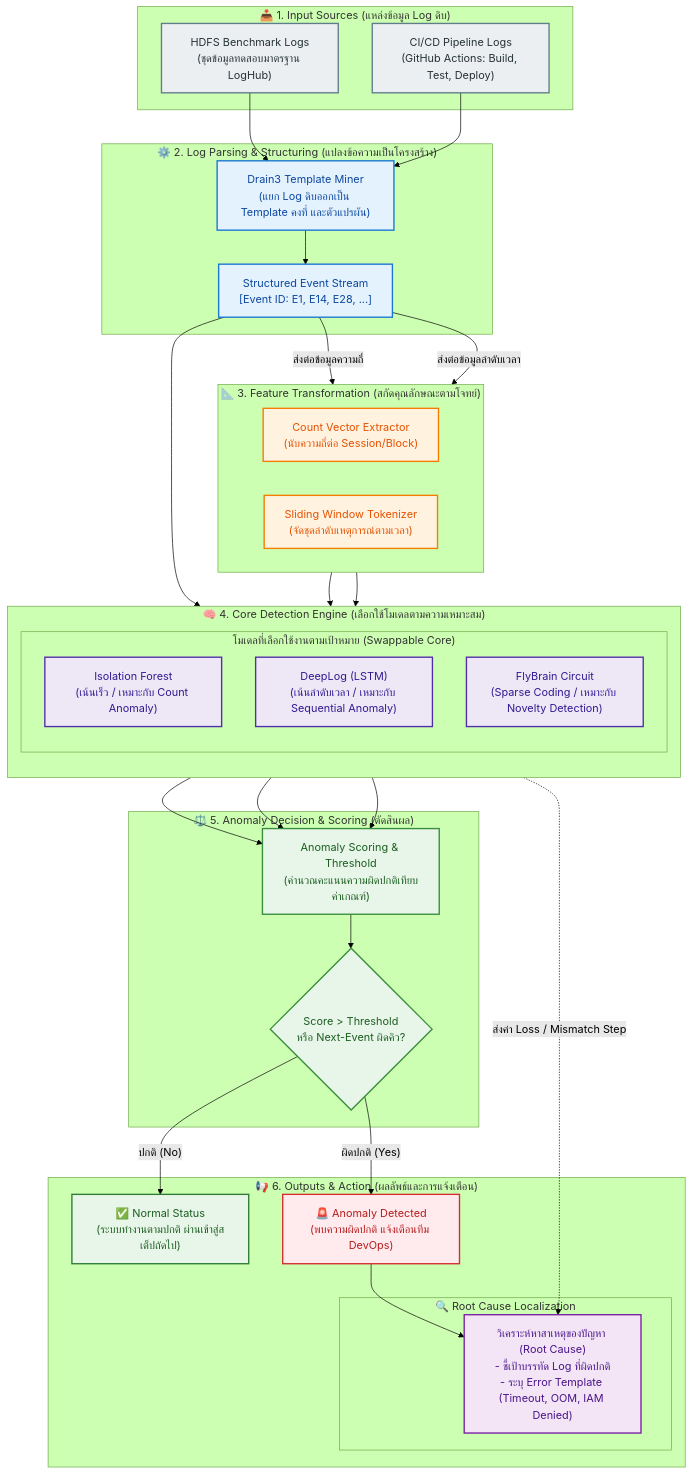
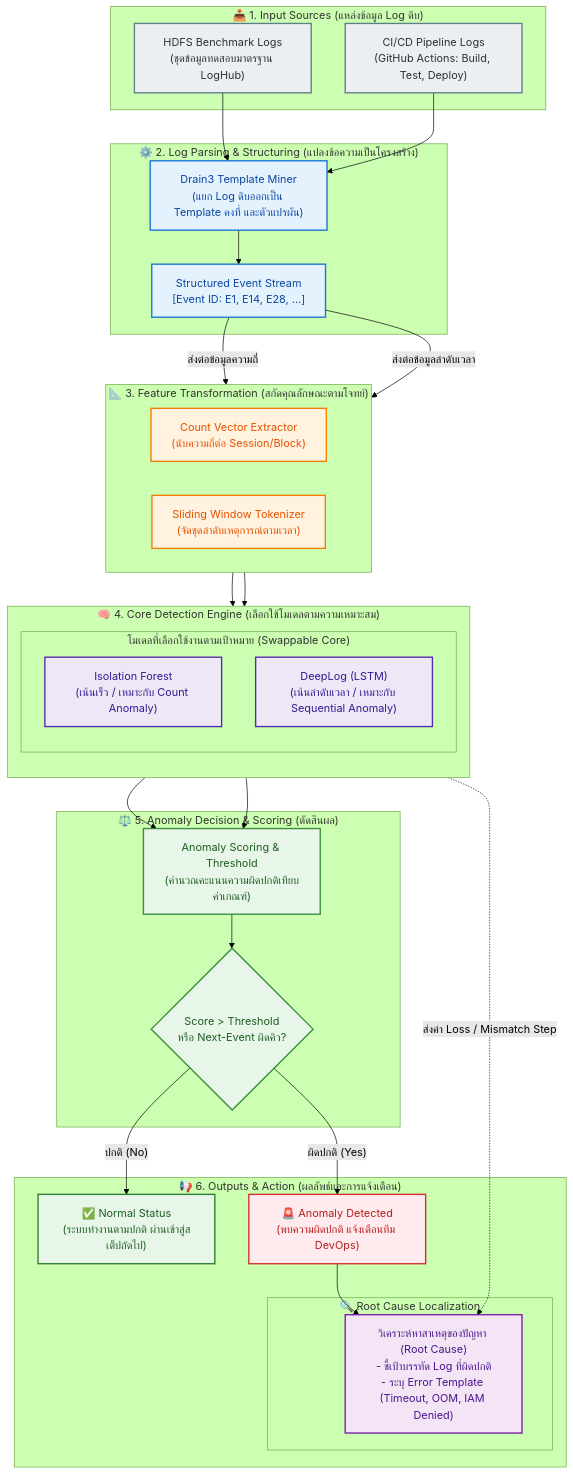
The diagram in system_architecture/01_end_to_end_workflow.md (kora-ora/LogWatchdog), drawn with Mermaid (forest theme) before and after one commit. The commit also changed other lines of this file and 49 other files, not shown here.

````diff
--- a/system_architecture/01_end_to_end_workflow.md
+++ b/system_architecture/01_end_to_end_workflow.md
@@ -12,80 +12,77 @@
 ```mermaid
 flowchart TD
     %% Styling Classes
     classDef inputStyle fill:#eceff1,stroke:#607d8b,stroke-width:2px,color:#263238;
     classDef parseStyle fill:#e3f2fd,stroke:#1976d2,stroke-width:2px,color:#0d47a1;
     classDef featureStyle fill:#fff3e0,stroke:#f57c00,stroke-width:2px,color:#e65100;
     classDef engineStyle fill:#ede7f6,stroke:#512da8,stroke-width:2px,color:#311b92;
     classDef decisionStyle fill:#e8f5e9,stroke:#388e3c,stroke-width:2px,color:#1b5e20;
     classDef outputAlert fill:#ffebee,stroke:#d32f2f,stroke-width:2px,color:#b71c1c;
     classDef outputNormal fill:#e8f5e9,stroke:#2e7d32,stroke-width:2px,color:#1b5e20;
     classDef explainStyle fill:#f3e5f5,stroke:#7b1fa2,stroke-width:2px,color:#4a148c;
 
     %% 1. Raw Inputs Layer
     subgraph Layer0["📥 1. Input Sources (แหล่งข้อมูล Log ดิบ)"]
         RawHDFS["HDFS Benchmark Logs\n(ชุดข้อมูลทดสอบมาตรฐาน LogHub)"]:::inputStyle
         RawCICD["CI/CD Pipeline Logs\n(GitHub Actions: Build, Test, Deploy)"]:::inputStyle
     end
 
     %% 2. Preprocessing & Parsing Layer
     subgraph Layer1["⚙️ 2. Log Parsing & Structuring (แปลงข้อความเป็นโครงสร้าง)"]
         DrainParser["Drain3 Template Miner\n(แยก Log ดิบออกเป็น Template คงที่ และตัวแปรผัน)"]:::parseStyle
         ParsedTokens["Structured Event Stream\n[Event ID: E1, E14, E28, ...]"]:::parseStyle
     end
 
     %% 3. Feature Transformation Layer
     subgraph Layer2["📐 3. Feature Transformation (สกัดคุณลักษณะตามโจทย์)"]
         direction LR
         CountVec["Count Vector Extractor\n(นับความถี่ต่อ Session/Block)"]:::featureStyle
         SeqWindow["Sliding Window Tokenizer\n(จัดชุดลำดับเหตุการณ์ตามเวลา)"]:::featureStyle
     end
 
     %% 4. Modular Model Engine
     subgraph Layer3["🧠 4. Core Detection Engine (เลือกใช้โมเดลตามความเหมาะสม)"]
         direction TB
         subgraph ModelOptions["โมเดลที่เลือกใช้งานตามเป้าหมาย (Swappable Core)"]
             M1["Isolation Forest\n(เน้นเร็ว / เหมาะกับ Count Anomaly)"]:::engineStyle
             M2["DeepLog (LSTM)\n(เน้นลำดับเวลา / เหมาะกับ Sequential Anomaly)"]:::engineStyle
-            M3["FlyBrain Circuit\n(Sparse Coding / เหมาะกับ Novelty Detection)"]:::engineStyle
         end
     end
 
     %% 5. Decision & Evaluation Layer
     subgraph Layer4["⚖️ 5. Anomaly Decision & Scoring (ตัดสินผล)"]
         ScoreCalc["Anomaly Scoring & Threshold\n(คำนวณคะแนนความผิดปกติเทียบค่าเกณฑ์)"]:::decisionStyle
         DecisionCheck{"Score > Threshold\nหรือ Next-Event ผิดคิว?"}:::decisionStyle
     end
 
     %% 6. Outputs & Explainability
     subgraph Layer5["📢 6. Outputs & Action (ผลลัพธ์และการแจ้งเตือน)"]
         NormalResult["✅ Normal Status\n(ระบบทำงานตามปกติ ผ่านเข้าสู่สเต็ปถัดไป)"]:::outputNormal
         AnomalyAlert["🚨 Anomaly Detected\n(พบความผิดปกติ แจ้งเตือนทีม DevOps)"]:::outputAlert
         
         subgraph ExplainBox["🔍 Root Cause Localization"]
             RootCause["วิเคราะห์หาสาเหตุของปัญหา (Root Cause)\n- ชี้เป้าบรรทัด Log ที่ผิดปกติ\n- ระบุ Error Template (Timeout, OOM, IAM Denied)"]:::explainStyle
         end
     end
 
     %% Flow Connections
     RawHDFS --> DrainParser
     RawCICD --> DrainParser
     DrainParser --> ParsedTokens
 
     ParsedTokens -->|"ส่งต่อข้อมูลความถี่"| CountVec
     ParsedTokens -->|"ส่งต่อข้อมูลลำดับเวลา"| SeqWindow
 
     CountVec --> M1
     SeqWindow --> M2
-    ParsedTokens --> M3
 
     M1 --> ScoreCalc
     M2 --> ScoreCalc
-    M3 --> ScoreCalc
 
     ScoreCalc --> DecisionCheck
     DecisionCheck -->|"ปกติ (No)"| NormalResult
     DecisionCheck -->|"ผิดปกติ (Yes)"| AnomalyAlert
 
     AnomalyAlert --> RootCause
     M2 -.->|"ส่งค่า Loss / Mismatch Step"| RootCause
 ```
````
